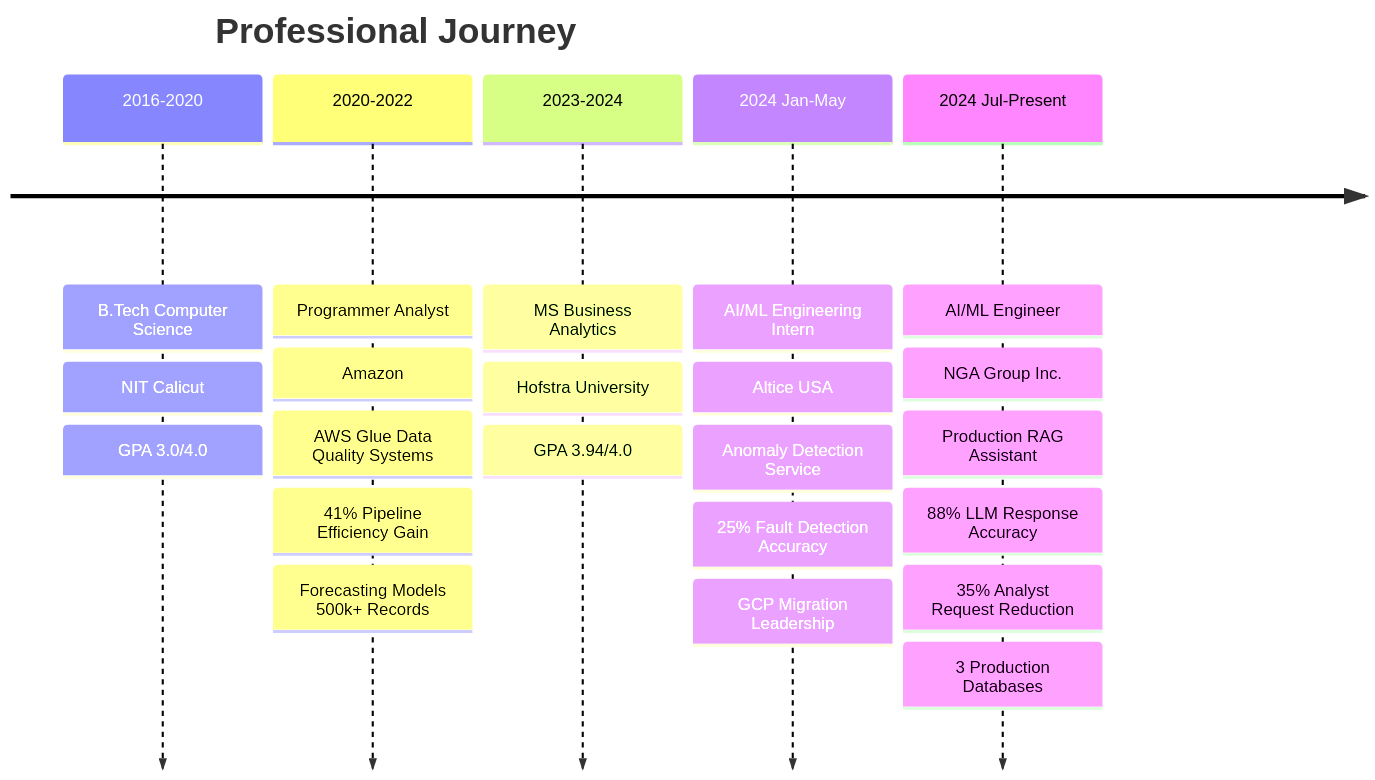
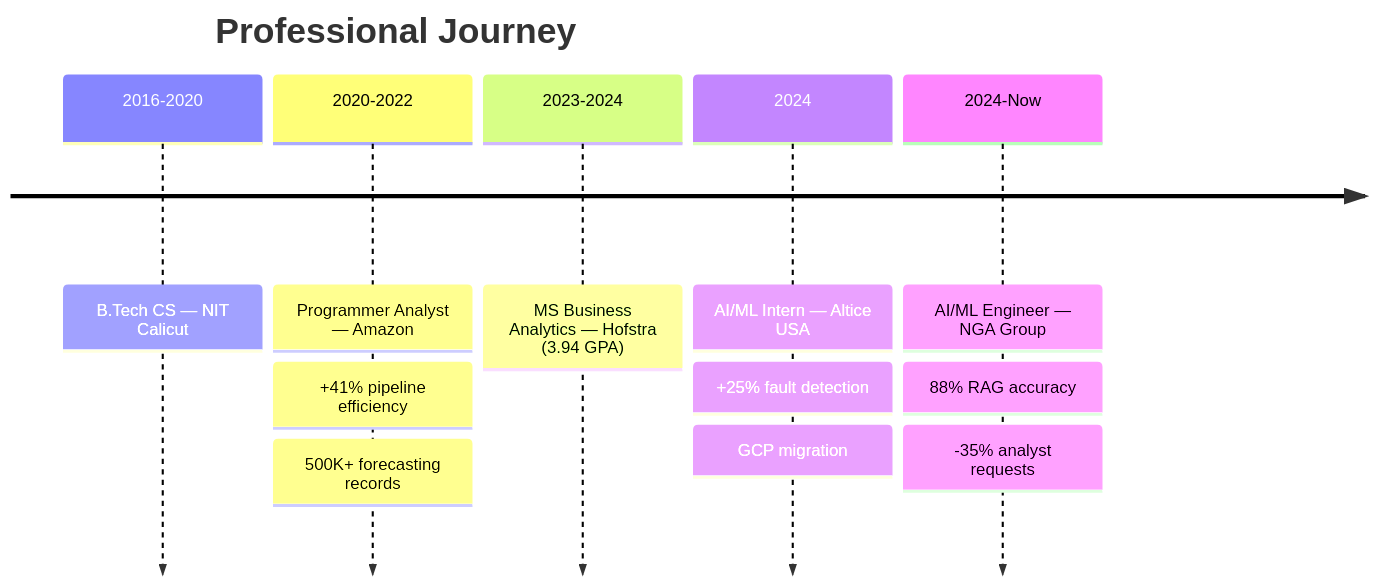
One commit to saigopal-rathod/saigopal-rathod changed the second of 2 diagrams in README.md. Above: the diagram before and after it, drawn with Mermaid. The commit also changed other lines of this file and 1 other file, not shown here.

Commit message:
Revamp profile README (AI/ML engineer) + contribution-snake workflow

````diff
--- a/README.md
+++ b/README.md
@@ -263,26 +295,9 @@
 ```mermaid
 timeline
     title Professional Journey
-    2016-2020 : B.Tech Computer Science
-              : NIT Calicut
-              : GPA 3.0/4.0
-    2020-2022 : Programmer Analyst
-              : Amazon
-              : AWS Glue Data Quality Systems
-              : 41% Pipeline Efficiency Gain
-              : Forecasting Models 500k+ Records
-    2023-2024 : MS Business Analytics
-              : Hofstra University
-              : GPA 3.94/4.0
-    2024 Jan-May : AI/ML Engineering Intern
-                 : Altice USA
-                 : Anomaly Detection Service
-                 : 25% Fault Detection Accuracy
-                 : GCP Migration Leadership
-    2024 Jul-Present : AI/ML Engineer
-                     : NGA Group Inc.
-                     : Production RAG Assistant
-                     : 88% LLM Response Accuracy
-                     : 35% Analyst Request Reduction
-                     : 3 Production Databases
+    2016-2020 : B.Tech CS — NIT Calicut
+    2020-2022 : Programmer Analyst — Amazon : +41% pipeline efficiency : 500K+ forecasting records
+    2023-2024 : MS Business Analytics — Hofstra (3.94 GPA)
+    2024 : AI/ML Intern — Altice USA : +25% fault detection : GCP migration
+    2024-Now : AI/ML Engineer — NGA Group : 88% RAG accuracy : -35% analyst requests
 ```
````
